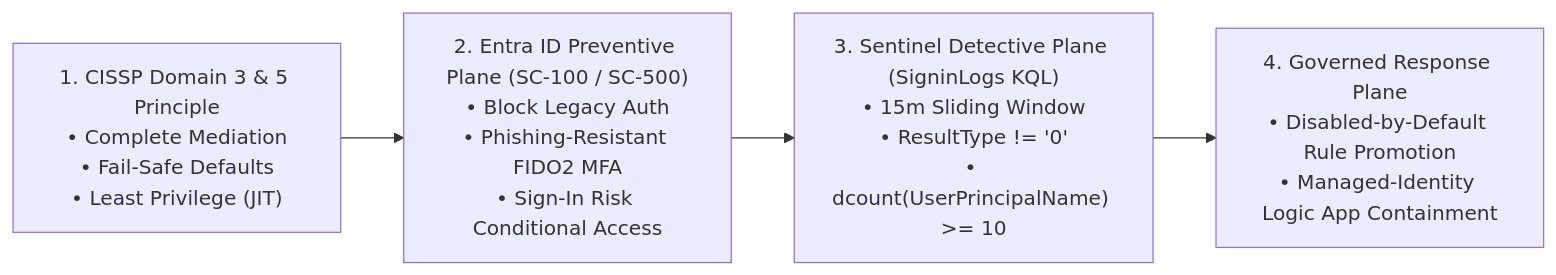
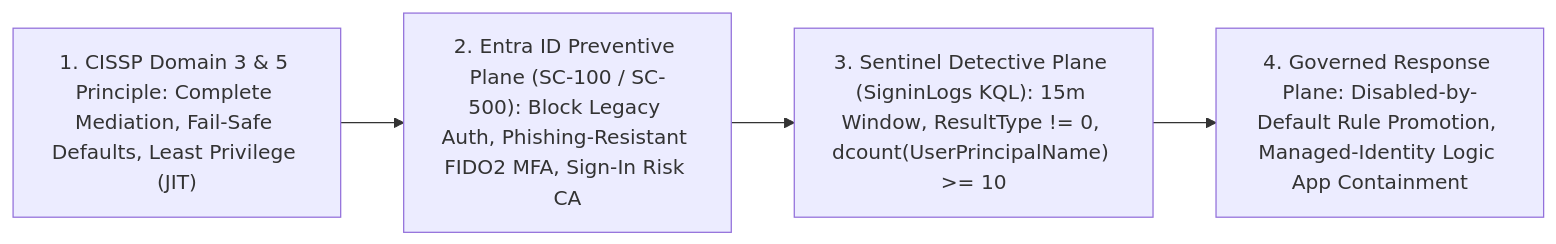
One commit to 86sunbot/portfolio changed the diagram in books-and-learning.md. Above: the diagram before and after it, drawn with Mermaid. The commit also changed other lines of this file and 6 other files, not shown here.

Commit message:
docs: align flagship KQL/workflow snippets with fde-lab v1 code, fix links/anchors and Mermaid labels, clarify original sample lesson

````diff
--- a/books-and-learning.md
+++ b/books-and-learning.md
@@ -33,6 +33,6 @@
 ```mermaid
 flowchart LR
-    A["1. CISSP Domain 3 & 5 Principle<br/>• Complete Mediation<br/>• Fail-Safe Defaults<br/>• Least Privilege (JIT)"] --> B["2. Entra ID Preventive Plane (SC-100 / SC-500)<br/>• Block Legacy Auth<br/>• Phishing-Resistant FIDO2 MFA<br/>• Sign-In Risk Conditional Access"]
-    B --> C["3. Sentinel Detective Plane (SigninLogs KQL)<br/>• 15m Sliding Window<br/>• ResultType != '0'<br/>• dcount(UserPrincipalName) >= 10"]
-    C --> D["4. Governed Response Plane<br/>• Disabled-by-Default Rule Promotion<br/>• Managed-Identity Logic App Containment"]
+    A["1. CISSP Domain 3 & 5 Principle: Complete Mediation, Fail-Safe Defaults, Least Privilege (JIT)"] --> B["2. Entra ID Preventive Plane (SC-100 / SC-500): Block Legacy Auth, Phishing-Resistant FIDO2 MFA, Sign-In Risk CA"]
+    B --> C["3. Sentinel Detective Plane (SigninLogs KQL): 15m Window, ResultType != 0, dcount(UserPrincipalName) >= 10"]
+    C --> D["4. Governed Response Plane: Disabled-by-Default Rule Promotion, Managed-Identity Logic App Containment"]
 ```
````
